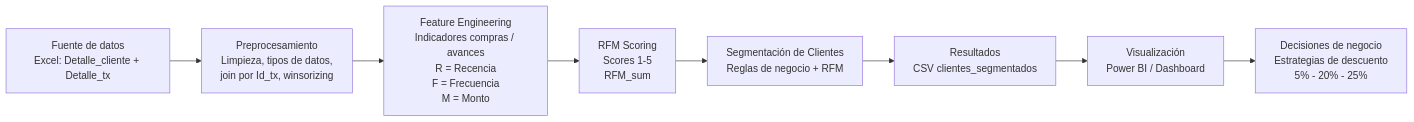
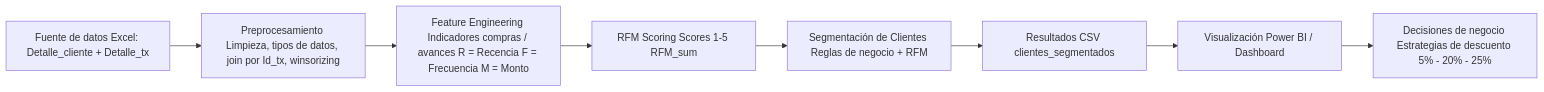
One commit to karenciaAO/prueba-tecnica-bi-portafolio-clientes changed the first of 2 diagrams in README.md. Above: the diagram before and after it, drawn with Mermaid. The commit also changed other lines of this file, not shown here.

````diff
--- a/README.md
+++ b/README.md
@@ -12,19 +12,19 @@
 ```mermaid
 flowchart LR
 
-    A["Fuente de datos\nExcel: Detalle_cliente + Detalle_tx"] 
-        --> B["Preprocesamiento\nLimpieza, tipos de datos,\njoin por Id_tx, winsorizing"]
+    A["Fuente de datos Excel: Detalle_cliente + Detalle_tx"] 
+        --> B["Preprocesamiento Limpieza, tipos de datos, join por Id_tx, winsorizing"]
 
-    B --> C["Feature Engineering\nIndicadores compras / avances\nR = Recencia\nF = Frecuencia\nM = Monto"]
+    B --> C["Feature Engineering Indicadores compras / avances R = Recencia F = Frecuencia M = Monto"]
 
-    C --> D["RFM Scoring\nScores 1-5\nRFM_sum"]
+    C --> D["RFM Scoring Scores 1-5 RFM_sum"]
 
-    D --> E["Segmentación de Clientes\nReglas de negocio + RFM"]
+    D --> E["Segmentación de Clientes Reglas de negocio + RFM"]
 
-    E --> F["Resultados\nCSV clientes_segmentados"]
+    E --> F["Resultados CSV clientes_segmentados"]
 
-    F --> G["Visualización\nPower BI / Dashboard"]
+    F --> G["Visualización Power BI / Dashboard"]
 
-    G --> H["Decisiones de negocio\nEstrategias de descuento\n5% - 20% - 25%"]
+    G --> H["Decisiones de negocio Estrategias de descuento 5% - 20% - 25%"]
 
 ```
````
